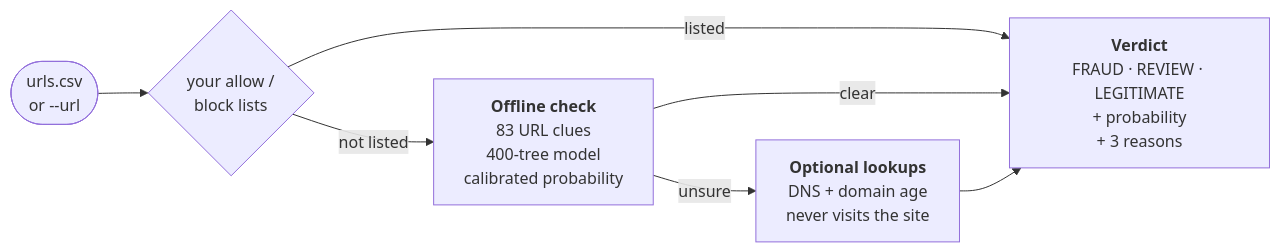
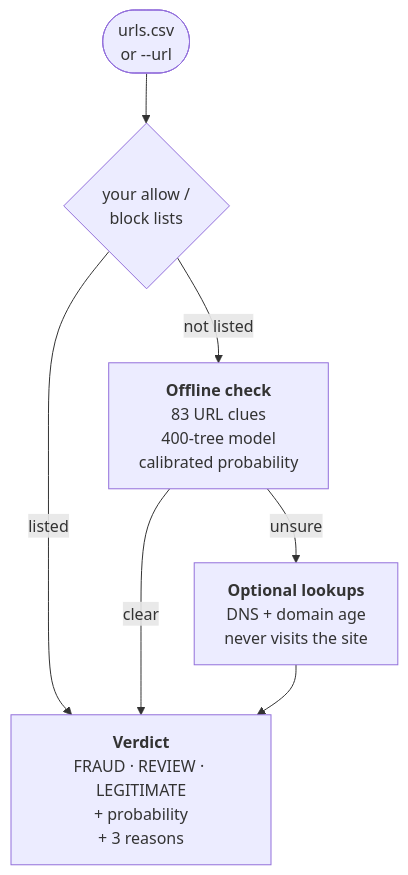
The diagram in README.md (amruth112/fraudurl-detector), drawn with Mermaid before and after one commit.

Commit message:
README: top-to-bottom pipeline diagram (keeps GitHub's zoom controls clear of the nodes)

````diff
--- a/README.md
+++ b/README.md
@@ -77,9 +77,9 @@
 ```mermaid
-flowchart LR
+flowchart TD
     IN(["urls.csv<br/>or --url"]) --> L{"your allow /<br/>block lists"}
     L -- "listed" --> OUT
     L -- "not listed" --> OFF["<b>Offline check</b><br/>83 URL clues<br/>400-tree model<br/>calibrated probability"]
     OFF -- "clear" --> OUT["<b>Verdict</b><br/>FRAUD · REVIEW · LEGITIMATE<br/>+ probability<br/>+ 3 reasons"]
     OFF -- "unsure" --> ENR["<b>Optional lookups</b><br/>DNS + domain age<br/>never visits the site"]
     ENR --> OUT
 ```
````
